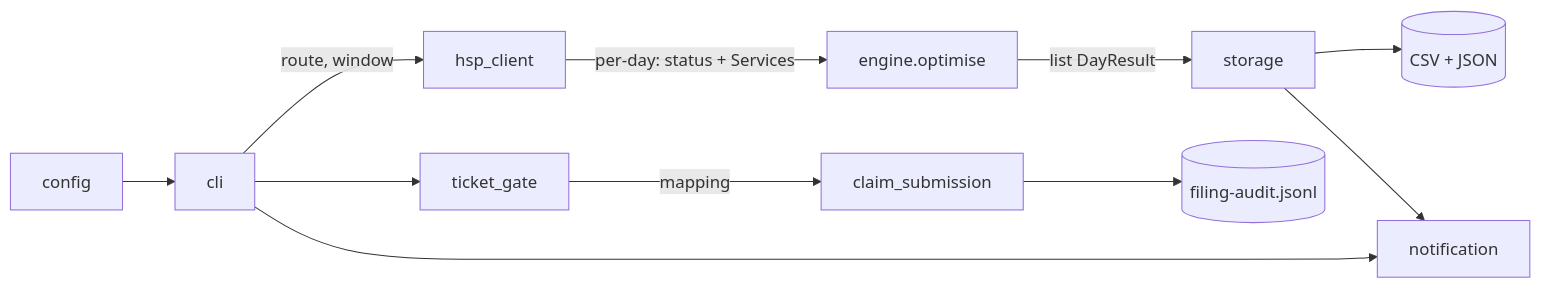
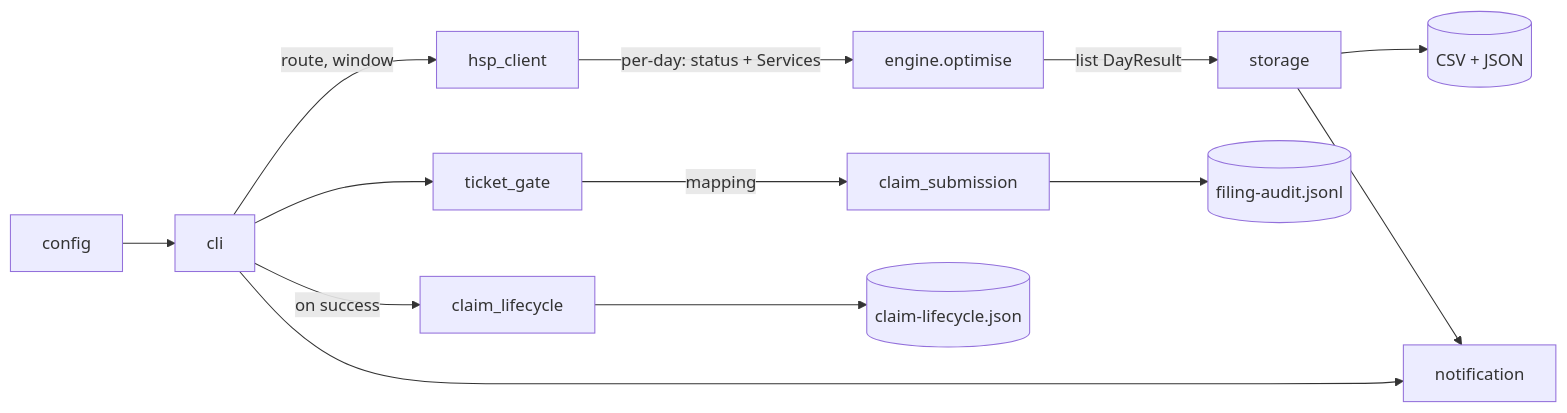
The second of 4 diagrams in _bmad-output/planning-artifacts/architecture/architecture-lateTrainQueries-2026-07-14/ARCHITECTURE-SPINE.md (simonjohnkwilliams/lateTrainQueries), drawn with Mermaid before and after one commit. The commit also changed other lines of this file and 104 other files, not shown here.

First line of the commit message:
Start Release 6 on release/6: Epic 9 claim lifecycle store plus planning.

````diff
--- a/_bmad-output/planning-artifacts/architecture/architecture-lateTrainQueries-2026-07-14/ARCHITECTURE-SPINE.md
+++ b/_bmad-output/planning-artifacts/architecture/architecture-lateTrainQueries-2026-07-14/ARCHITECTURE-SPINE.md
@@ -177,13 +207,15 @@
 ```mermaid
 graph LR
     C[config] --> CLI[cli]
     CLI -->|route, window| H[hsp_client]
     H -->|per-day: status + Services| E[engine.optimise]
     E -->|list DayResult| S[storage]
     S --> F[(CSV + JSON)]
     CLI --> T[ticket_gate]
     T -->|mapping| CS[claim_submission]
     CS --> A[(filing-audit.jsonl)]
+    CLI -->|on success| L[claim_lifecycle]
+    L --> LC[(claim-lifecycle.json)]
     CLI --> N[notification]
     S --> N
 ```
````
